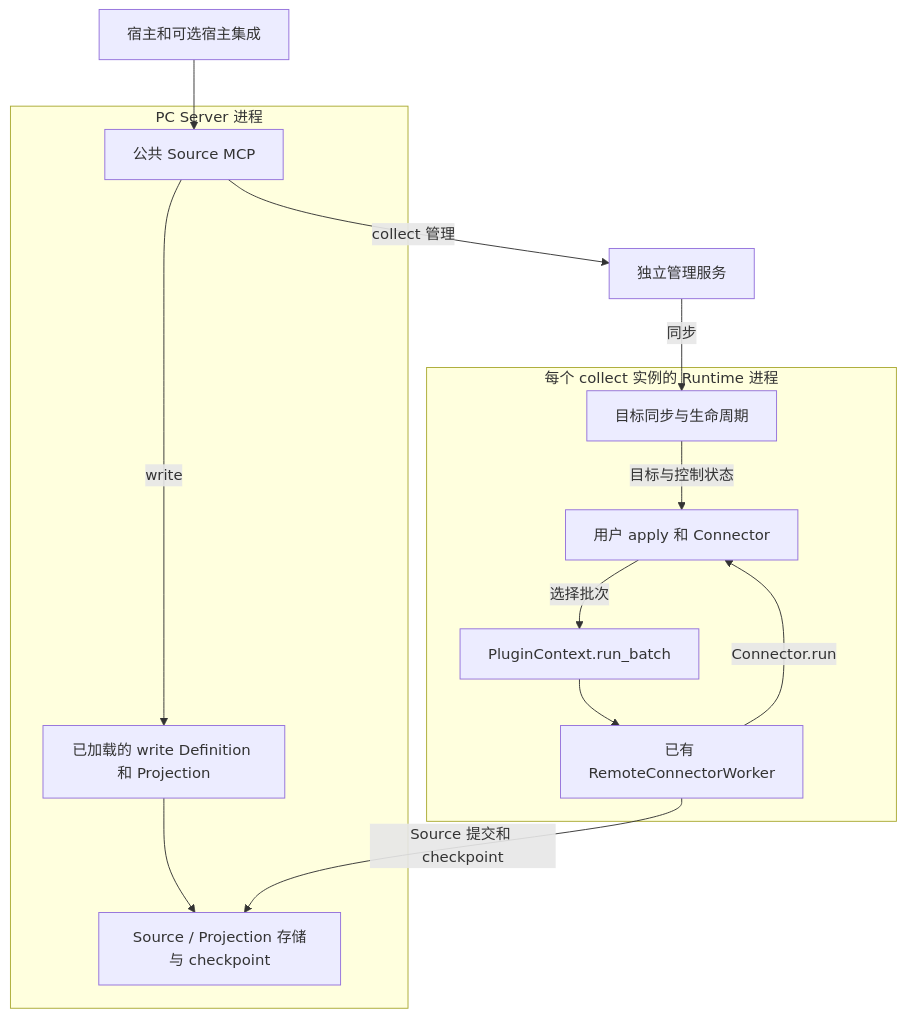
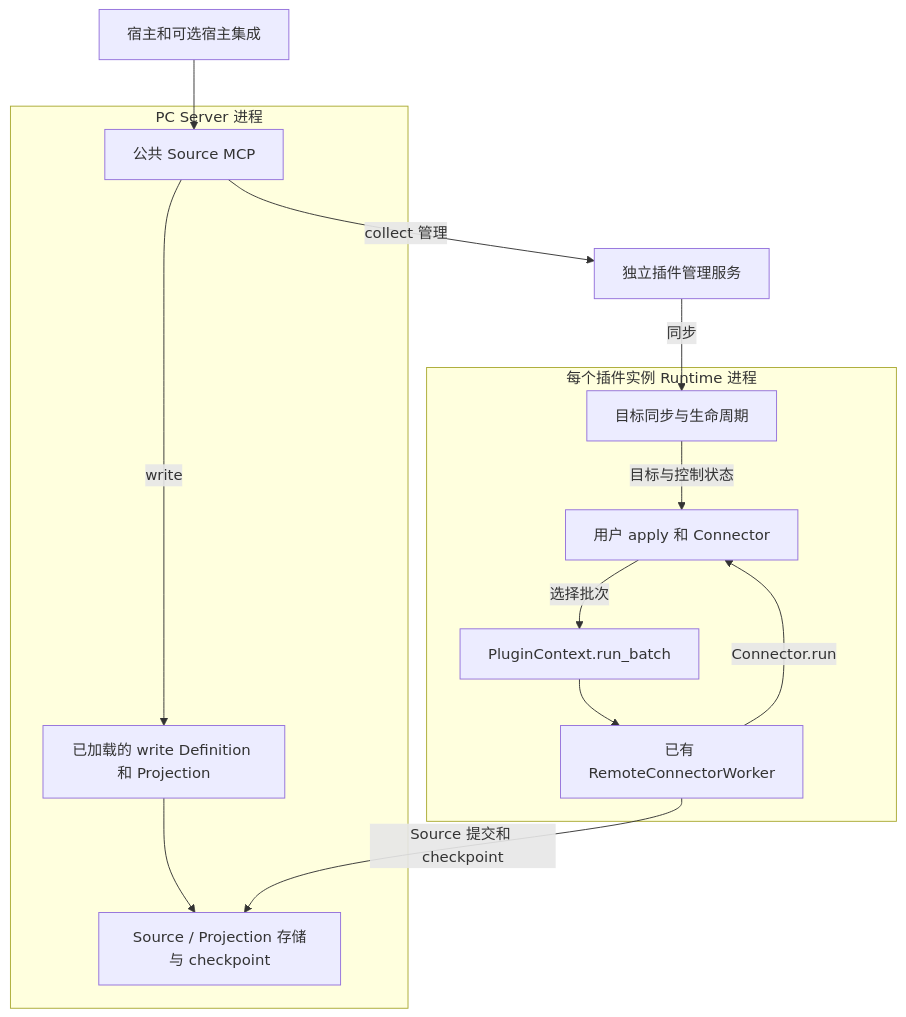
One commit to 2397819368a-oss/powercontext-2026 changed the first of 5 diagrams in docs/zh/rfcs/0000-source-plugin-system.md. Above: the diagram before and after it, drawn with Mermaid. The commit also changed other lines of this file and 1 other file, not shown here.

````diff
--- a/docs/zh/rfcs/0000-source-plugin-system.md
+++ b/docs/zh/rfcs/0000-source-plugin-system.md
@@ -47,26 +45,26 @@
 ```mermaid
 flowchart TB
     H[宿主和可选宿主集成]
     subgraph PC[PC Server 进程]
         M[公共 Source MCP]
         W[已加载的 write Definition 和 Projection]
         S[Source / Projection 存储与 checkpoint]
         M -->|write| W
         W --> S
     end
-    G[独立管理服务]
-    subgraph RT[每个 collect 实例的 Runtime 进程]
+    G[独立插件管理服务]
+    subgraph RT[每个插件实例 Runtime 进程]
         R[目标同步与生命周期]
         A[用户 apply 和 Connector]
         C[PluginContext.run_batch]
         K[已有 RemoteConnectorWorker]
         R -->|目标与控制状态| A
         A -->|选择批次| C
         C --> K
         K -->|Connector.run| A
     end
     H --> M
     M -->|collect 管理| G
     G -->|同步| R
     K -->|Source 提交和 checkpoint| S
 ```
````
